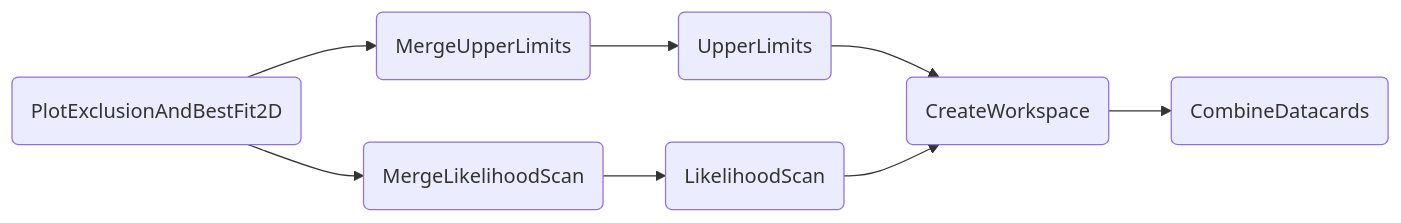
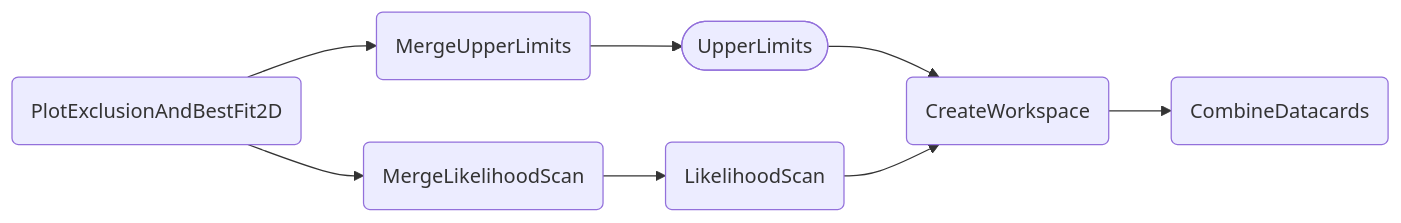
The second of 2 diagrams in docs/content/tasks/exclusion.md (cms-hh/inference_tools), drawn with Mermaid before and after one commit. The commit also changed other lines of this file and 6 other files, not shown here.

Commit message:
Mark workflows in docs dependency graphs.

````diff
--- a/docs/content/tasks/exclusion.md
+++ b/docs/content/tasks/exclusion.md
@@ -136,10 +138,10 @@
 ```mermaid
 graph LR;
     A(PlotExclusionAndBestFit2D) --> B(MergeUpperLimits);
     A(PlotExclusionAndBestFit2D) --> C(MergeLikelihoodScan);
-    B --> D(UpperLimits);
+    B --> D([UpperLimits]);
     D --> F(CreateWorkspace);
     F --> G(CombineDatacards);
     C --> E(LikelihoodScan);
     E --> F;
 ```
````
